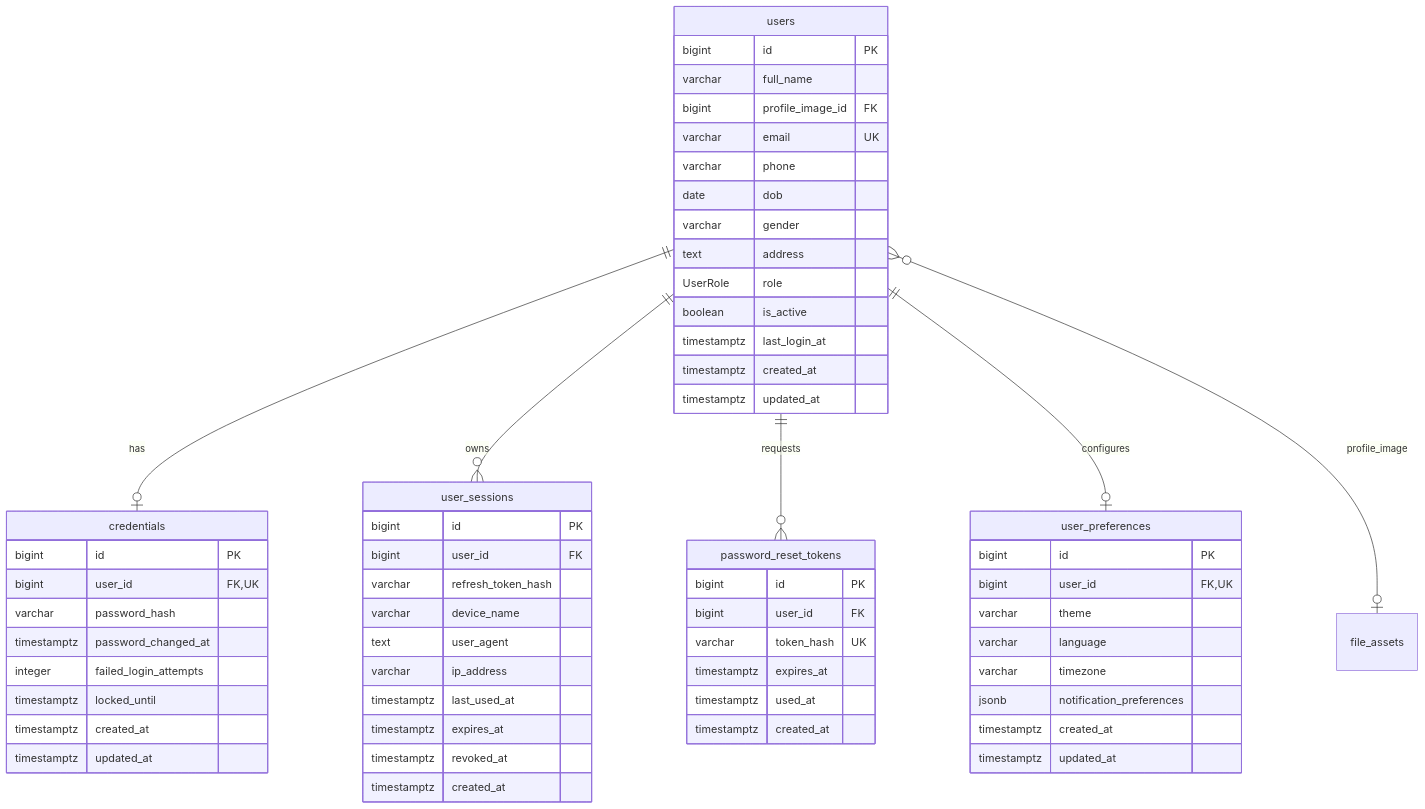
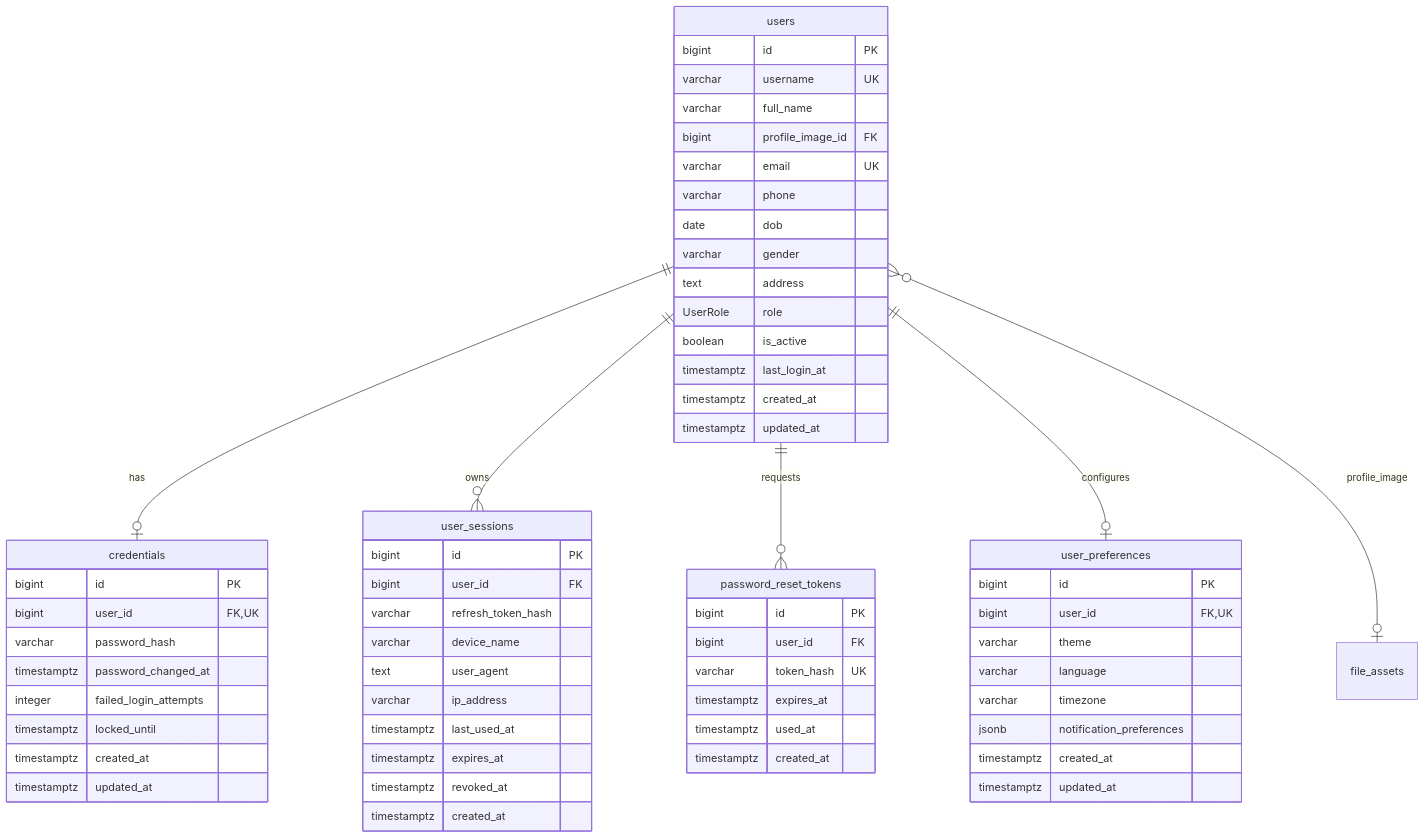
The second of 8 diagrams in docs/database/database-erd.md (VishnuThangaraj/Orvexa), drawn with Mermaid before and after one commit. The commit also changed other lines of this file and 1 other file, not shown here.

Commit message:
^ schema | + username

````diff
--- a/docs/database/database-erd.md
+++ b/docs/database/database-erd.md
@@ -99,68 +97,69 @@
 ```mermaid
 erDiagram
     users ||--o| credentials : "has"
     users ||--o{ user_sessions : "owns"
     users ||--o{ password_reset_tokens : "requests"
     users ||--o| user_preferences : "configures"
     users }o--o| file_assets : "profile_image"
 
     users {
         bigint id PK
+        varchar username UK
         varchar full_name
         bigint profile_image_id FK
         varchar email UK
         varchar phone
         date dob
         varchar gender
         text address
         UserRole role
         boolean is_active
         timestamptz last_login_at
         timestamptz created_at
         timestamptz updated_at
     }
 
     credentials {
         bigint id PK
         bigint user_id FK,UK
         varchar password_hash
         timestamptz password_changed_at
         integer failed_login_attempts
         timestamptz locked_until
         timestamptz created_at
         timestamptz updated_at
     }
 
     user_sessions {
         bigint id PK
         bigint user_id FK
         varchar refresh_token_hash
         varchar device_name
         text user_agent
         varchar ip_address
         timestamptz last_used_at
         timestamptz expires_at
         timestamptz revoked_at
         timestamptz created_at
     }
 
     password_reset_tokens {
         bigint id PK
         bigint user_id FK
         varchar token_hash UK
         timestamptz expires_at
         timestamptz used_at
         timestamptz created_at
     }
 
     user_preferences {
         bigint id PK
         bigint user_id FK,UK
         varchar theme
         varchar language
         varchar timezone
         jsonb notification_preferences
         timestamptz created_at
         timestamptz updated_at
     }
 ```
````
